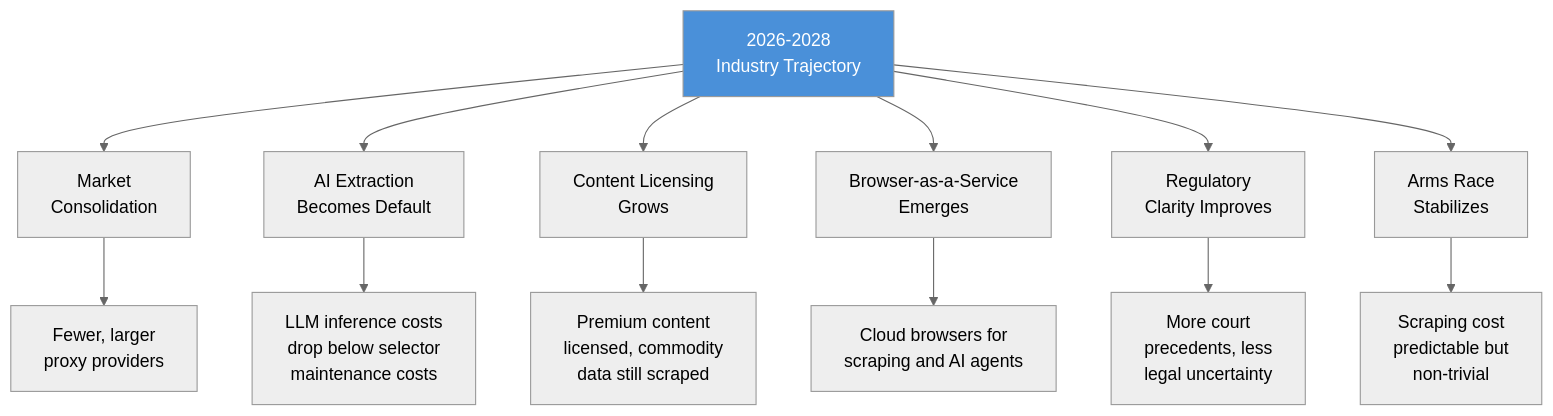
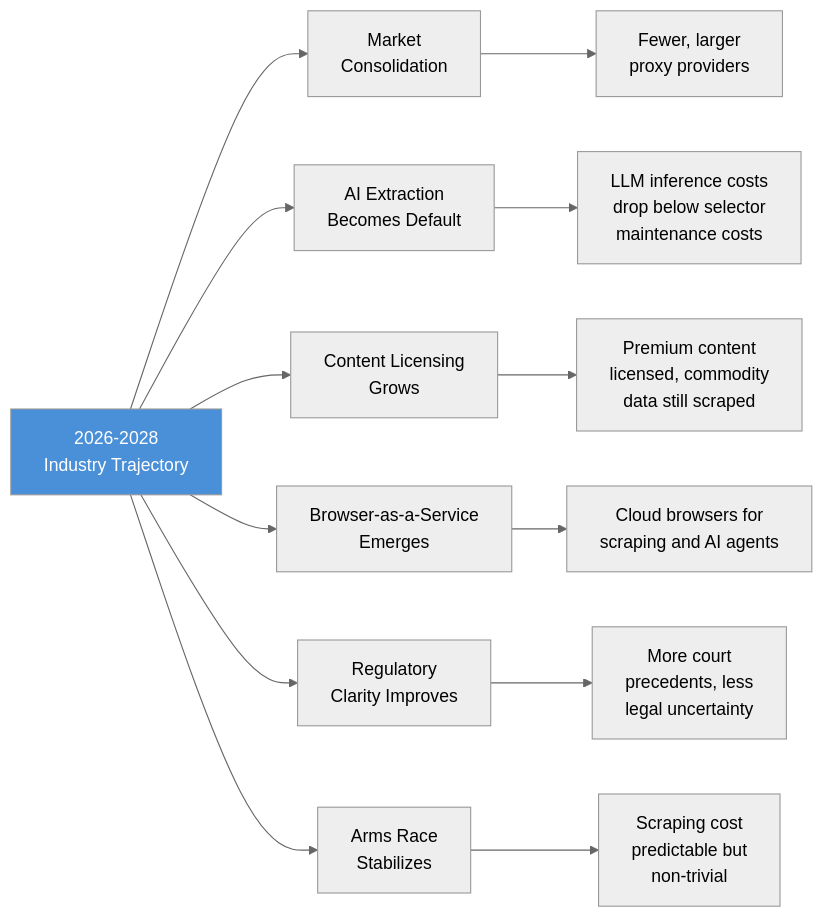
The seventh of 7 diagrams in _posts/2026-02-10-web-scraping-industry-2026-market-size-trends.md (bytetunnels/bytetunnels.github.com), drawn with Mermaid (neutral theme) before and after one commit. The commit also changed other lines of this file and 118 other files, not shown here.

Commit message:
feat: improve diagram styling and compact wide flowcharts

````diff
--- a/_posts/2026-02-10-web-scraping-industry-2026-market-size-trends.md
+++ b/_posts/2026-02-10-web-scraping-industry-2026-market-size-trends.md
@@ -423,18 +423,18 @@
 ```mermaid
-flowchart TD
-    A["2026-2028<br>Industry Trajectory"] --> B["Market<br>Consolidation"]
-    A --> C["AI Extraction<br>Becomes Default"]
-    A --> D["Content Licensing<br>Grows"]
-    A --> E["Browser-as-a-Service<br>Emerges"]
-    A --> F["Regulatory<br>Clarity Improves"]
-    A --> G["Arms Race<br>Stabilizes"]
+flowchart LR
+    A["2026-2028<br/>Industry Trajectory"] --> B["Market<br/>Consolidation"]
+    A --> C["AI Extraction<br/>Becomes Default"]
+    A --> D["Content Licensing<br/>Grows"]
+    A --> E["Browser-as-a-Service<br/>Emerges"]
+    A --> F["Regulatory<br/>Clarity Improves"]
+    A --> G["Arms Race<br/>Stabilizes"]
 
-    B --> B1["Fewer, larger<br>proxy providers"]
-    C --> C1["LLM inference costs<br>drop below selector<br>maintenance costs"]
-    D --> D1["Premium content<br>licensed, commodity<br>data still scraped"]
-    E --> E1["Cloud browsers for<br>scraping and AI agents"]
-    F --> F1["More court<br>precedents, less<br>legal uncertainty"]
-    G --> G1["Scraping cost<br>predictable but<br>non-trivial"]
+    B --> B1["Fewer, larger<br/>proxy providers"]
+    C --> C1["LLM inference costs<br/>drop below selector<br/>maintenance costs"]
+    D --> D1["Premium content<br/>licensed, commodity<br/>data still scraped"]
+    E --> E1["Cloud browsers for<br/>scraping and AI agents"]
+    F --> F1["More court<br/>precedents, less<br/>legal uncertainty"]
+    G --> G1["Scraping cost<br/>predictable but<br/>non-trivial"]
 
     style A fill:#4a90d9,color:#fff
 ```
````
